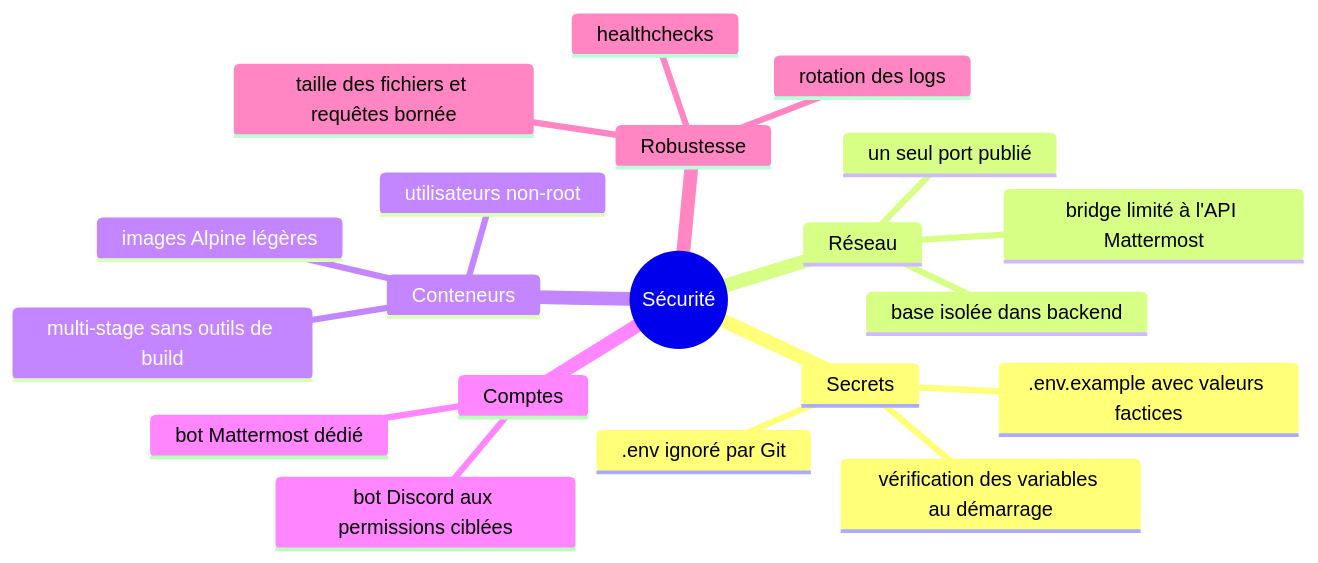
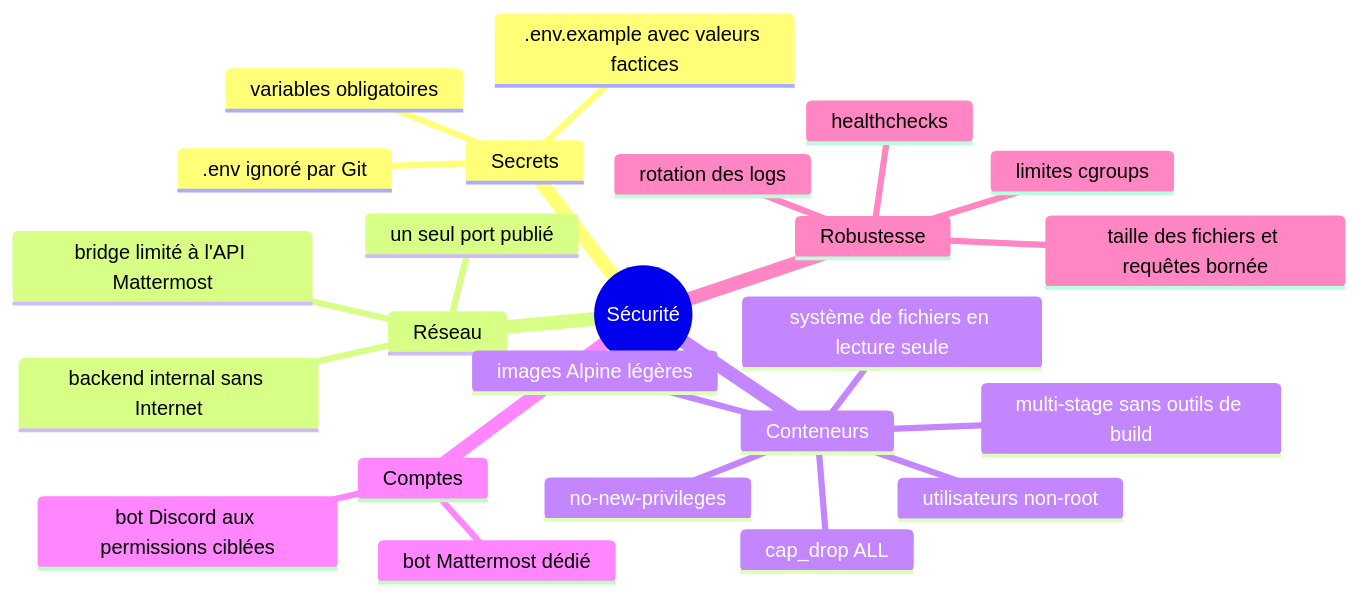
Before and after one commit to Safia-Beaumale/Docker: diagram 15 of 16 in PRESENTATION.md, drawn with Mermaid. The commit also changed other lines of this file and 1 other file, not shown here.

````diff
--- a/PRESENTATION.md
+++ b/PRESENTATION.md
@@ -372,23 +424,27 @@
 ```mermaid
 mindmap
   root((Sécurité))
     Secrets
       .env ignoré par Git
       .env.example avec valeurs factices
-      vérification des variables au démarrage
+      variables obligatoires
     Réseau
       un seul port publié
-      base isolée dans backend
+      backend internal sans Internet
       bridge limité à l'API Mattermost
     Conteneurs
       utilisateurs non-root
+      cap_drop ALL
+      no-new-privileges
+      système de fichiers en lecture seule
       images Alpine légères
       multi-stage sans outils de build
     Comptes
       bot Mattermost dédié
       bot Discord aux permissions ciblées
     Robustesse
       healthchecks
       rotation des logs
+      limites cgroups
       taille des fichiers et requêtes bornée
 ```
````
